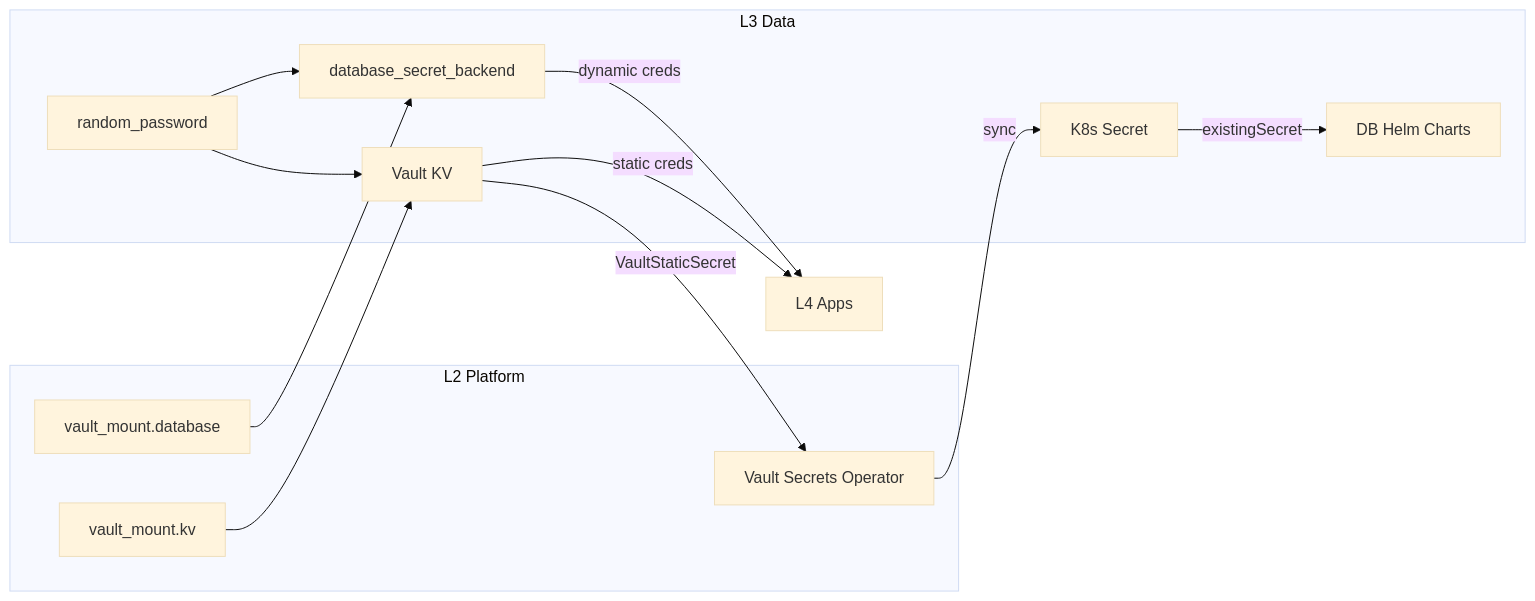
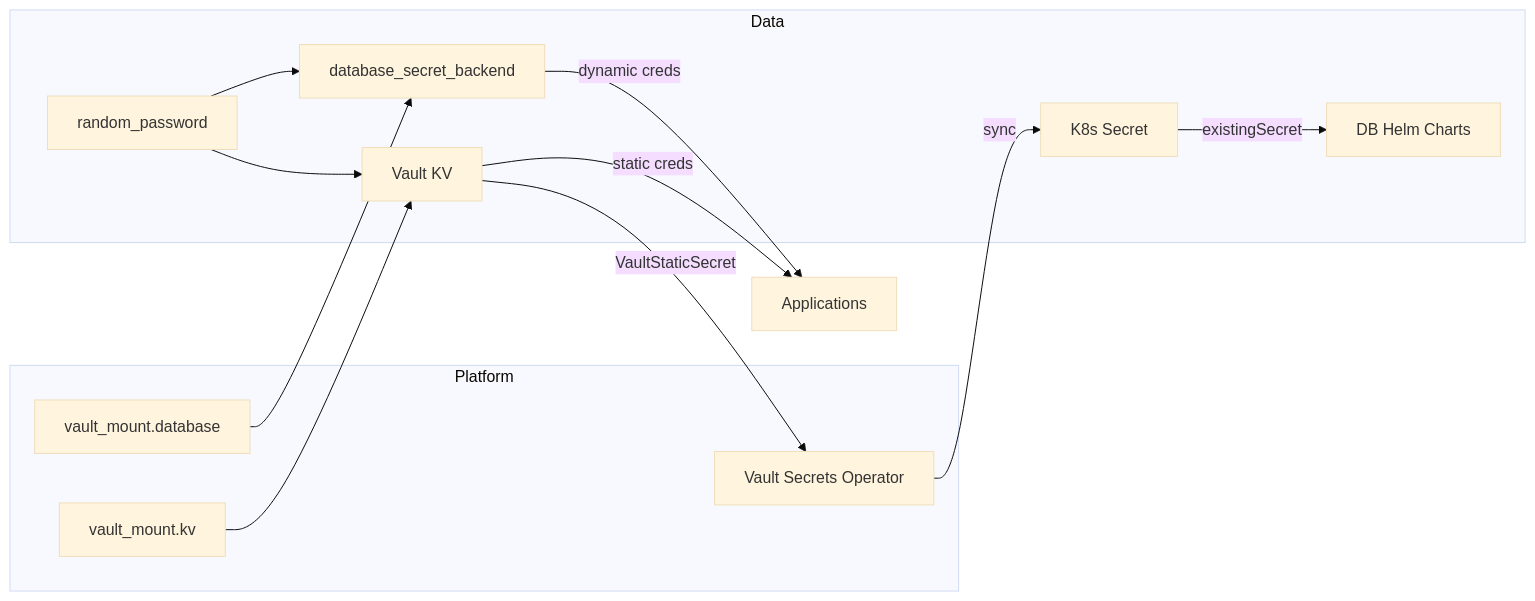
The diagram in envs/prod/data/README.md (wangzitian0/infra), drawn with Mermaid (base theme) before and after one commit. The commit also changed other lines of this file and 43 other files, not shown here.

Commit message:
chore: complete architectural renaming (remove L1/L2/L3 references) (#362)

````diff
--- a/envs/prod/data/README.md
+++ b/envs/prod/data/README.md
@@ -21,19 +21,19 @@
 ```mermaid
 graph LR
-    subgraph "L2 Platform"
+    subgraph "Platform"
         VM[vault_mount.kv]
         VD[vault_mount.database]
         VSO[Vault Secrets Operator]
     end
-    subgraph "L3 Data"
+    subgraph "Data"
         RND[random_password] --> KV[Vault KV]
         KV --> |VaultStaticSecret| VSO
         VSO --> |sync| K8S[K8s Secret]
         K8S --> |existingSecret| HELM[DB Helm Charts]
         RND --> DB_CFG[database_secret_backend]
     end
     VM --> KV
     VD --> DB_CFG
-    DB_CFG --> |dynamic creds| L4[L4 Apps]
-    KV --> |static creds| L4
+    DB_CFG --> |dynamic creds| APPS[Applications]
+    KV --> |static creds| APPS
 ```
````
